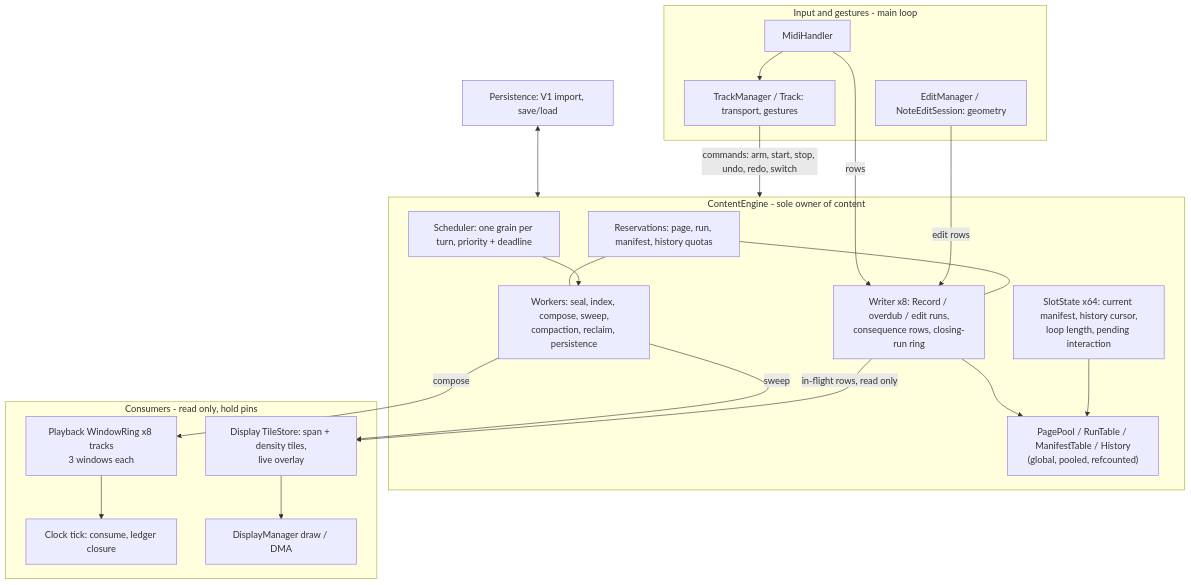
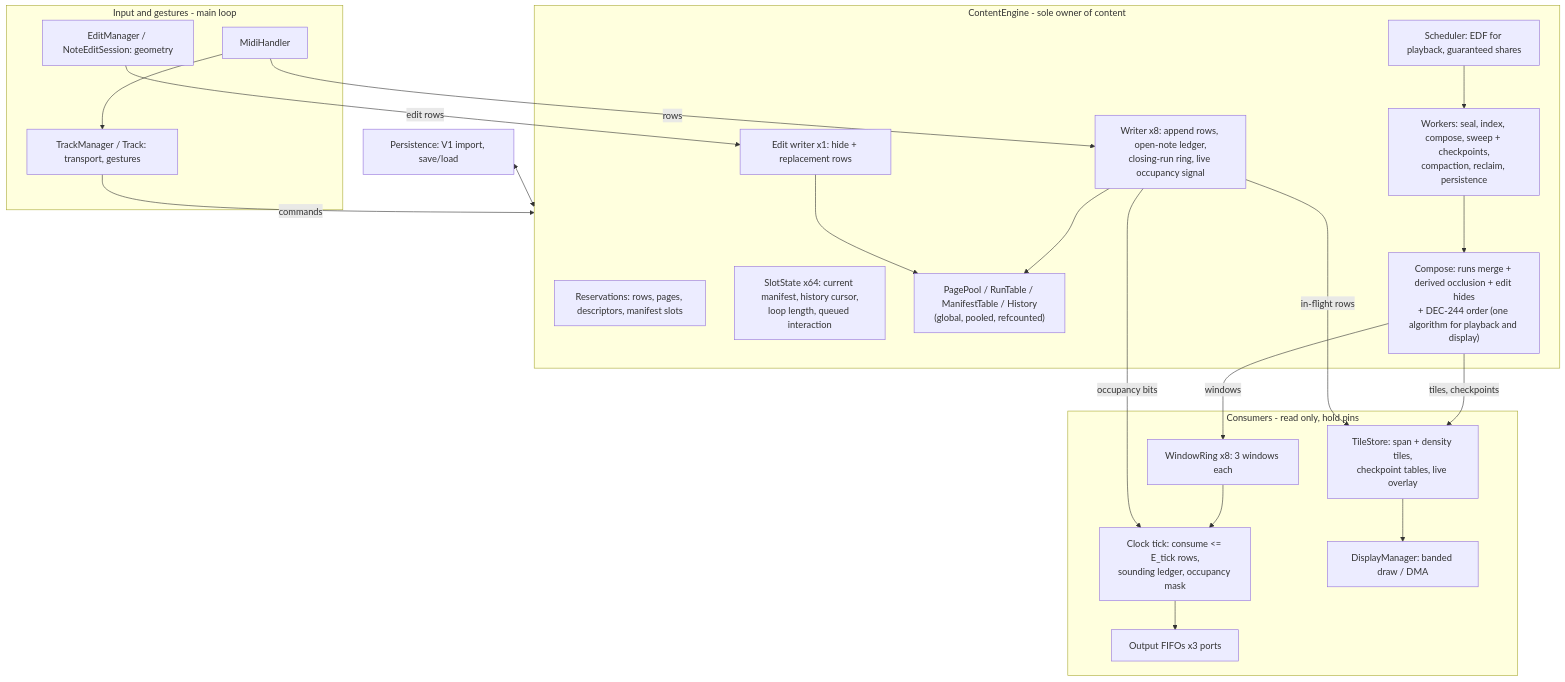
The second of 3 diagrams in docs/Plans/2026-11-04-fixed-memory-convergence.md (Lytrix/MidiLooper), drawn with Mermaid before and after one commit. The commit also changed other lines of this file and 2 other files, not shown here.

First line of the commit message:
docs: fixed-memory engine plan revision 3 (owner review corrections)

````diff
--- a/docs/Plans/2026-11-04-fixed-memory-convergence.md
+++ b/docs/Plans/2026-11-04-fixed-memory-convergence.md
@@ -233,30 +250,33 @@
 ```mermaid
 flowchart TB
   subgraph INPUT[Input and gestures - main loop]
     MH[MidiHandler] --> TM[TrackManager / Track: transport, gestures]
     EM[EditManager / NoteEditSession: geometry]
   end
   subgraph ENGINE[ContentEngine - sole owner of content]
-    RES[Reservations: page, run, manifest, history quotas]
-    WR["Writer x8: Record / overdub / edit runs,<br/>consequence rows, closing-run ring"]
-    SLOT["SlotState x64: current manifest, history cursor,<br/>loop length, pending interaction"]
+    RES[Reservations: rows, pages, descriptors, manifest slots]
+    WR["Writer x8: append rows, open-note ledger,<br/>closing-run ring, live occupancy signal"]
+    ED[Edit writer x1: hide + replacement rows]
+    SLOT["SlotState x64: current manifest, history cursor,<br/>loop length, queued interaction"]
     TAB["PagePool / RunTable / ManifestTable / History<br/>(global, pooled, refcounted)"]
-    WK["Workers: seal, index, compose, sweep,<br/>compaction, reclaim, persistence"]
-    SCH[Scheduler: one grain per turn, priority + deadline]
+    CMP["Compose: runs merge + derived occlusion + edit hides<br/>+ DEC-244 order (one algorithm for playback and display)"]
+    WK["Workers: seal, index, compose, sweep + checkpoints,<br/>compaction, reclaim, persistence"]
+    SCH[Scheduler: EDF for playback, guaranteed shares]
   end
   subgraph CONSUMERS[Consumers - read only, hold pins]
-    WRG["Playback WindowRing x8 tracks<br/>3 windows each"] --> TICK["Clock tick: consume, ledger closure"]
-    TILES["Display TileStore: span + density tiles,<br/>live overlay"] --> DM[DisplayManager draw / DMA]
+    WRG["WindowRing x8: 3 windows each"] --> TICK["Clock tick: consume <= E_tick rows,<br/>sounding ledger, occupancy mask"]
+    TICK --> FIFO["Output FIFOs x3 ports"]
+    TILES["TileStore: span + density tiles,<br/>checkpoint tables, live overlay"] --> DM[DisplayManager: banded draw / DMA]
   end
   IO[Persistence: V1 import, save/load] <--> ENGINE
-  TM -->|commands: arm, start, stop, undo, redo, switch| ENGINE
+  TM -->|commands| ENGINE
   MH -->|rows| WR
-  EM -->|edit rows| WR
-  WR --> TAB
-  SLOT --> TAB
-  RES --- WR & WK
+  EM -->|edit rows| ED
+  WR & ED --> TAB
+  WR -->|occupancy bits| TICK
+  WK --> CMP
+  CMP -->|windows| WRG
+  CMP -->|tiles, checkpoints| TILES
+  WR -->|in-flight rows| TILES
   SCH --> WK
-  WK -->|compose| WRG
-  WK -->|sweep| TILES
-  WR -->|in-flight rows, read only| TILES
 ```
````
